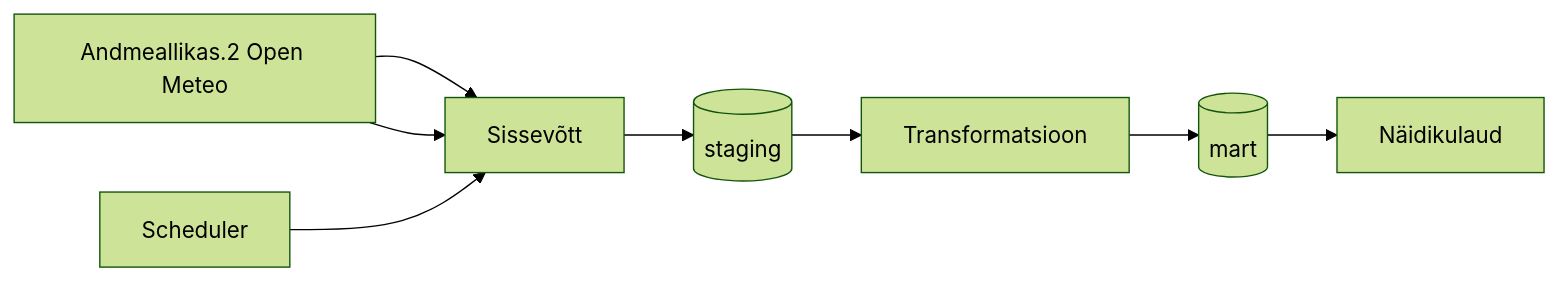
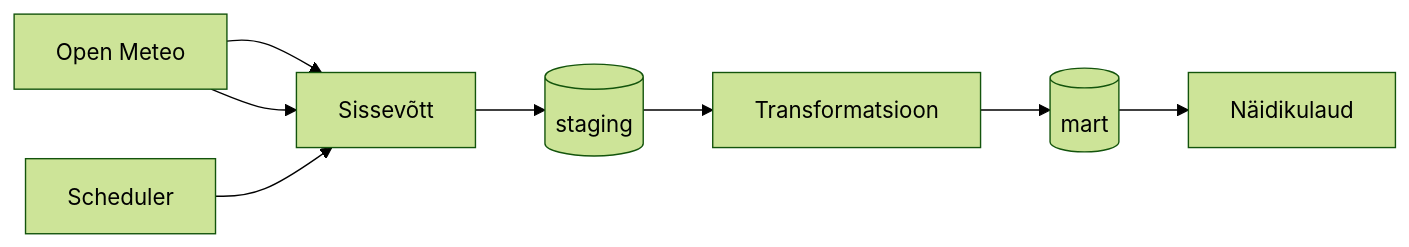
One commit to MSocius/maavarinate-ulevaade-pss-ut-andmeinseneeria-2026 changed the diagram in docs/arhitektuur.md. Above: the diagram before and after it, drawn with Mermaid (forest theme). The commit also changed other lines of this file, not shown here.

Commit message:
Fix formatting and update data source names in docs

````diff
--- a/docs/arhitektuur.md
+++ b/docs/arhitektuur.md
@@ -25,10 +25,10 @@
 ```mermaid
 flowchart LR
-    source[Andmeallikas.1 USGS Earthquake] --> ingest[Sissevõtt]
-    source[Andmeallikas.2 Open Meteo] --> ingest[Sissevõtt]
+    source[USGS Earthquake] --> ingest[Sissevõtt]
+    source[Open Meteo] --> ingest[Sissevõtt]
     scheduler[Scheduler] --> ingest
     ingest --> staging[(staging)]
     staging --> transform[Transformatsioon]
     transform --> mart[(mart)]
     mart --> dashboard[Näidikulaud]
 ```
````
